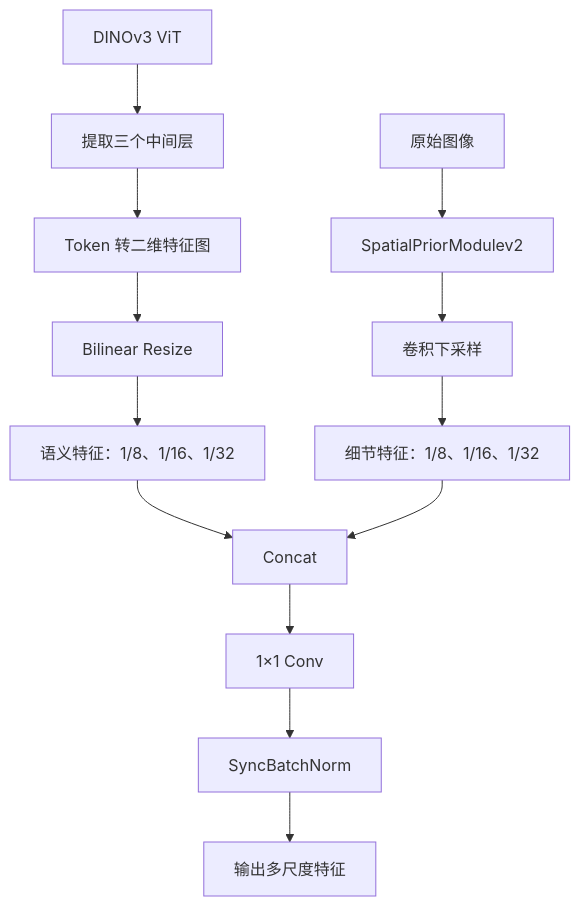
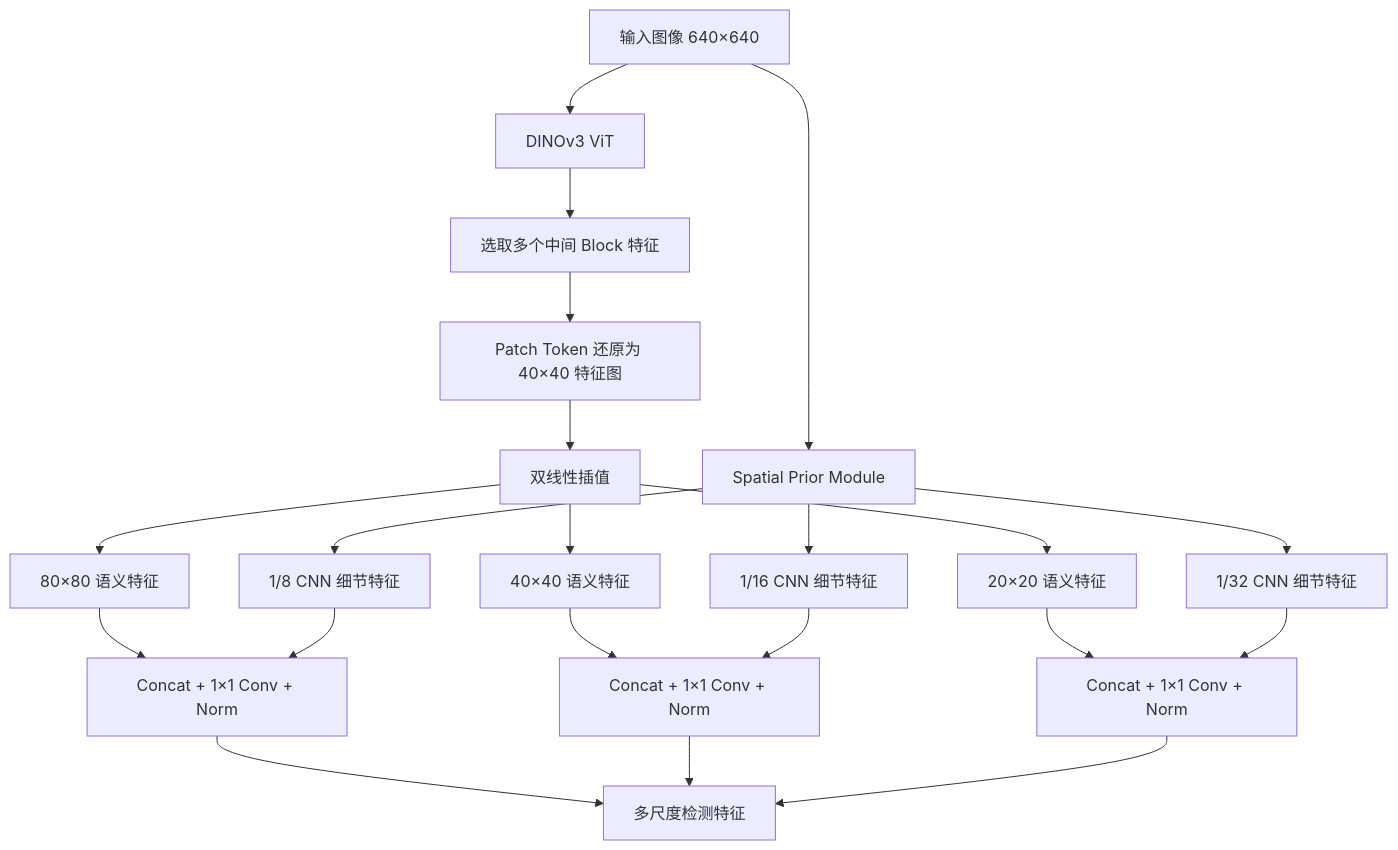
Before and after one commit to zhanghuiwan/knowledge-base: the second of 6 diagrams in website/articles/deimv2/index.md, drawn with Mermaid. The commit also changed other lines of this file, not shown here.

```diff
--- a/website/articles/deimv2/index.md
+++ b/website/articles/deimv2/index.md
@@ -302,15 +210,23 @@
 ~~~mermaid
 flowchart TD
-    A["DINOv3 ViT"] --> B["提取三个中间层"]
-    B --> C["Token 转二维特征图"]
-    C --> D["Bilinear Resize"]
-    D --> E["语义特征：1/8、1/16、1/32"]
-    F["原始图像"] --> G["SpatialPriorModulev2"]
-    G --> H["卷积下采样"]
-    H --> I["细节特征：1/8、1/16、1/32"]
-    E --> J["Concat"]
-    I --> J
-    J --> K["1×1 Conv"]
-    K --> L["SyncBatchNorm"]
-    L --> M["输出多尺度特征"]
+    A["输入图像 640×640"] --> B["DINOv3 ViT"]
+    A --> C["Spatial Prior Module"]
+    B --> D["选取多个中间 Block 特征"]
+    D --> E["Patch Token 还原为 40×40 特征图"]
+    E --> F["双线性插值"]
+    F --> G1["80×80 语义特征"]
+    F --> G2["40×40 语义特征"]
+    F --> G3["20×20 语义特征"]
+    C --> H1["1/8 CNN 细节特征"]
+    C --> H2["1/16 CNN 细节特征"]
+    C --> H3["1/32 CNN 细节特征"]
+    G1 --> I1["Concat + 1×1 Conv + Norm"]
+    H1 --> I1
+    G2 --> I2["Concat + 1×1 Conv + Norm"]
+    H2 --> I2
+    G3 --> I3["Concat + 1×1 Conv + Norm"]
+    H3 --> I3
+    I1 --> J["多尺度检测特征"]
+    I2 --> J
+    I3 --> J
 ~~~
```
